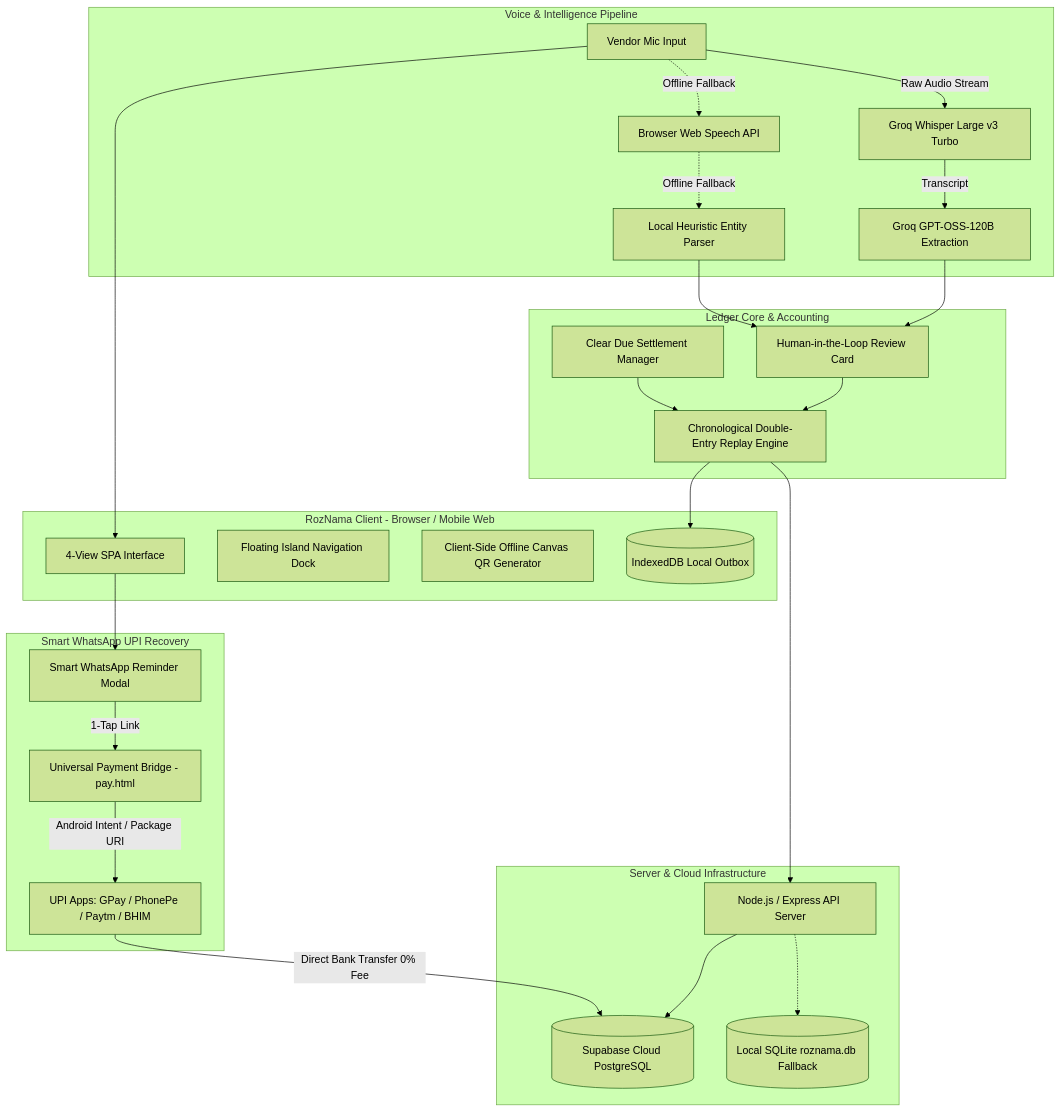
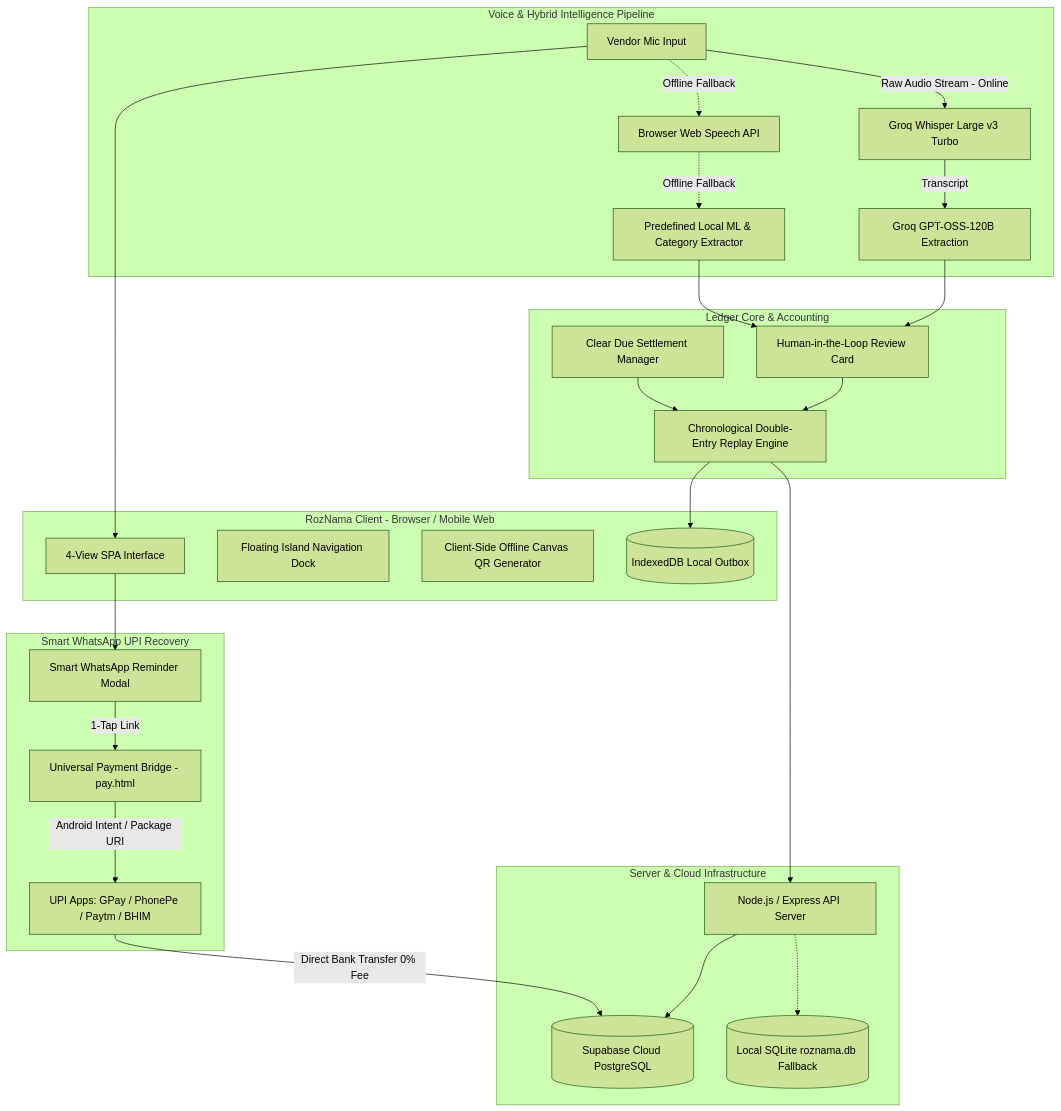
Before and after one commit to Haziq2602/RozNama: the diagram in README.md, drawn with Mermaid (forest theme). The commit also changed other lines of this file and 16 other files, not shown here.

````diff
--- a/README.md
+++ b/README.md
@@ -113,48 +111,48 @@
 ```mermaid
 flowchart TD
     subgraph Client [RozNama Client - Browser / Mobile Web]
         UI[4-View SPA Interface]
         NAV[Floating Island Navigation Dock]
         QR[Client-Side Offline Canvas QR Generator]
         IDB[(IndexedDB Local Outbox)]
     end
 
-    subgraph SpeechAI [Voice & Intelligence Pipeline]
-        MIC[Vendor Mic Input] -->|Raw Audio Stream| WSP[Groq Whisper Large v3 Turbo]
+    subgraph SpeechAI [Voice & Hybrid Intelligence Pipeline]
+        MIC[Vendor Mic Input] -->|Raw Audio Stream - Online| WSP[Groq Whisper Large v3 Turbo]
         MIC -.->|Offline Fallback| WSAPI[Browser Web Speech API]
         WSP -->|Transcript| LLM[Groq GPT-OSS-120B Extraction]
-        WSAPI -.->|Offline Fallback| REGEX[Local Heuristic Entity Parser]
+        WSAPI -.->|Offline Fallback| OFFLINE_ML[Predefined Local ML & Category Extractor]
     end
 
     subgraph LedgerCore [Ledger Core & Accounting]
         REV[Human-in-the-Loop Review Card]
         CHRONO[Chronological Double-Entry Replay Engine]
         CLEAR[Clear Due Settlement Manager]
     end
 
     subgraph Payments [Smart WhatsApp UPI Recovery]
         WA[Smart WhatsApp Reminder Modal]
         PAY[Universal Payment Bridge - pay.html]
         APPS[UPI Apps: GPay / PhonePe / Paytm / BHIM]
     end
 
     subgraph Backend [Server & Cloud Infrastructure]
         SRV[Node.js / Express API Server]
         SUPA[(Supabase Cloud PostgreSQL)]
         SQLITE[(Local SQLite roznama.db Fallback)]
     end
 
     MIC --> UI
     LLM --> REV
-    REGEX --> REV
+    OFFLINE_ML --> REV
     REV --> CHRONO
     CLEAR --> CHRONO
     CHRONO --> IDB
     CHRONO --> SRV
     SRV --> SUPA
     SRV -.-> SQLITE
     UI --> WA
     WA -->|1-Tap Link| PAY
     PAY -->|Android Intent / Package URI| APPS
     APPS -->|Direct Bank Transfer 0% Fee| SUPA
 ```
````
